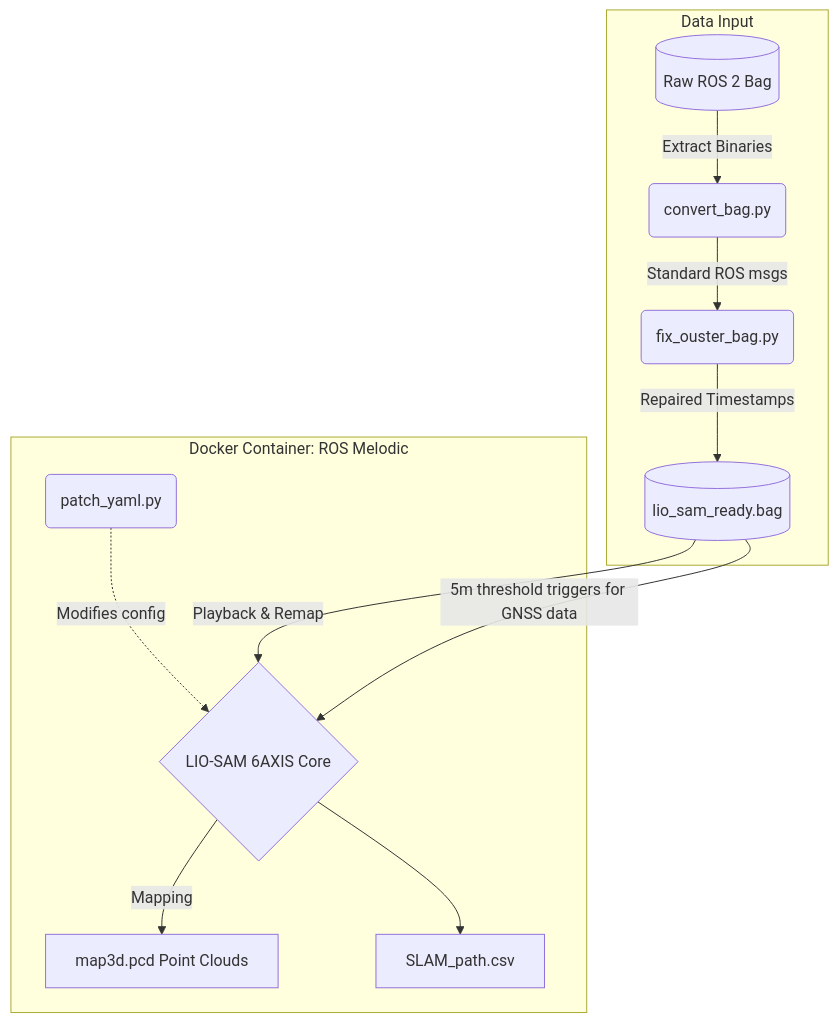
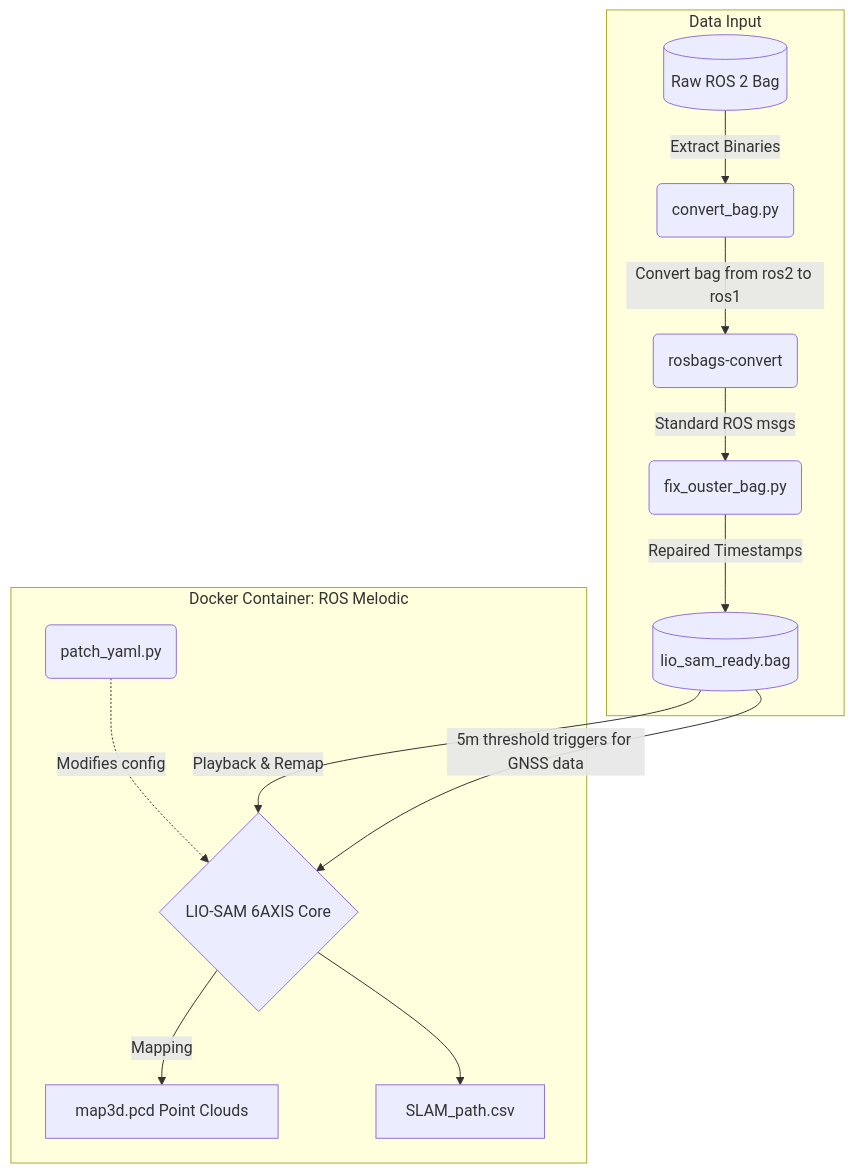
The diagram in README.md (Armin-Ebrahimi-Saba/LIDAR-Odometry), drawn with Mermaid before and after one commit.

Commit message:
Modify flowchart for ROS bag conversion process
Updated flowchart to reflect new conversion step from ROS2 to ROS1.

````diff
--- a/README.md
+++ b/README.md
@@ -41,16 +41,17 @@
 ```mermaid
 flowchart TD
     subgraph Data Input
         B1[(Raw ROS 2 Bag)] -->|Extract Binaries| conv(convert_bag.py)
-        conv -->|Standard ROS msgs| P1(fix_ouster_bag.py)
+        conv -->|Convert bag from ros2 to ros1| conv2(rosbags-convert)
+        conv2 -->|Standard ROS msgs| P1(fix_ouster_bag.py)
         P1 -->|Repaired Timestamps| B2[(lio_sam_ready.bag)]
     end
 
     subgraph Docker Container: ROS Melodic
         patch(patch_yaml.py) -.->|Modifies config| core
         B2 -->|Playback & Remap| core{LIO-SAM 6AXIS Core}
         B2 -->|5m threshold triggers for GNSS data| core
         core -->|Mapping| pcd[map3d.pcd Point Clouds]
         core --> txt[SLAM_path.csv]
     end
 ```
````
